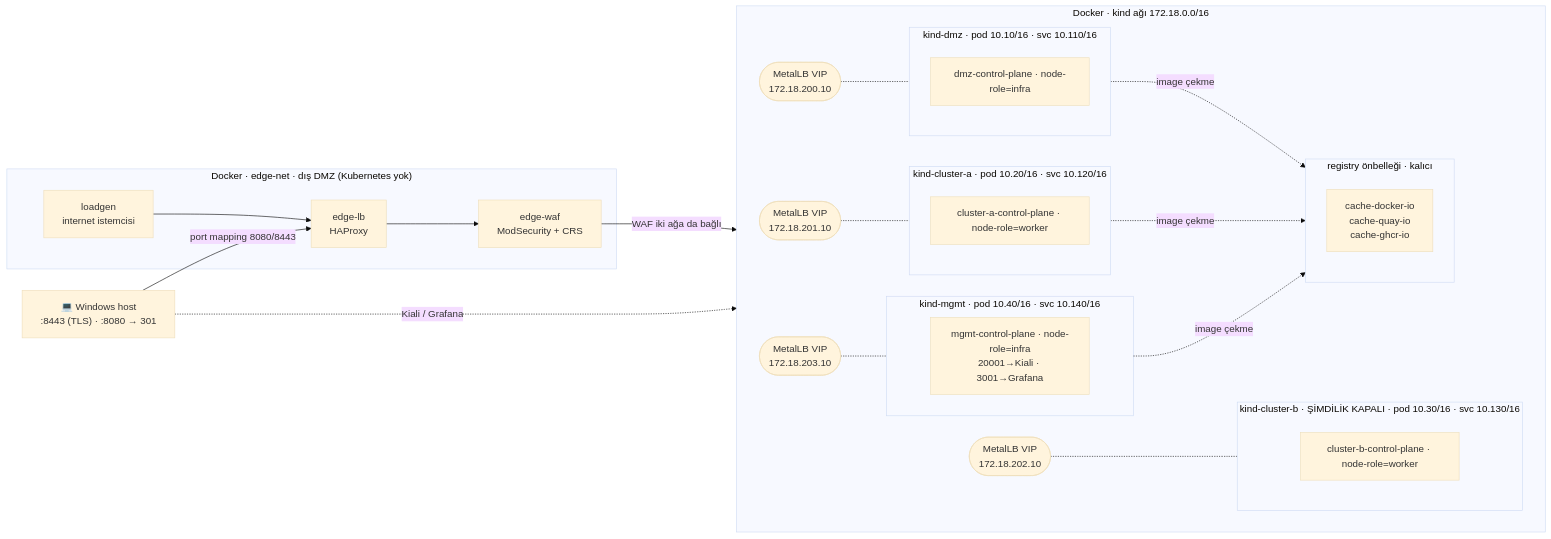
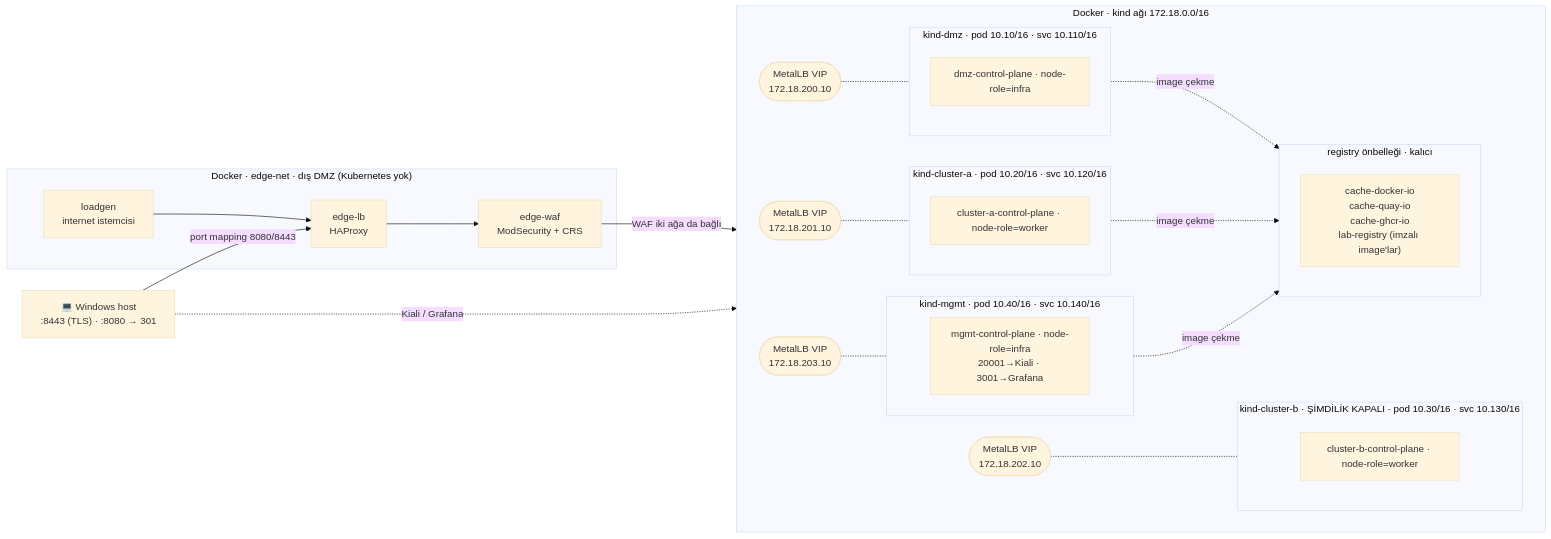
The first of 10 diagrams in README.md (olgunyldz/service-mesh-lab), drawn with Mermaid (base theme) before and after one commit. The commit also changed other lines of this file and 19 other files, not shown here.

First line of the commit message:
Politika: Kyverno admission ve cosign ile imzalı image zorunluluğu

````diff
--- a/README.md
+++ b/README.md
@@ -69,44 +73,44 @@
 ```mermaid
 flowchart LR
     host["💻 Windows host<br/>:8443 (TLS) · :8080 → 301"]
 
     subgraph edgenet["Docker · edge-net · dış DMZ (Kubernetes yok)"]
         elb["edge-lb<br/>HAProxy"]
         lg["loadgen<br/>internet istemcisi"]
         ewaf["edge-waf<br/>ModSecurity + CRS"]
     end
 
     subgraph docker["Docker · kind ağı 172.18.0.0/16"]
         direction LR
         subgraph dmz["kind-dmz · pod 10.10/16 · svc 10.110/16"]
             dmzcp["dmz-control-plane · node-role=infra"]
         end
         subgraph ca["kind-cluster-a · pod 10.20/16 · svc 10.120/16"]
             cacp["cluster-a-control-plane · node-role=worker"]
         end
         subgraph cb["kind-cluster-b · ŞİMDİLİK KAPALI · pod 10.30/16 · svc 10.130/16"]
             cbcp["cluster-b-control-plane · node-role=worker"]
         end
         subgraph mg["kind-mgmt · pod 10.40/16 · svc 10.140/16"]
             mgcp["mgmt-control-plane · node-role=infra<br/>20001→Kiali · 3001→Grafana"]
         end
         subgraph caches["registry önbelleği · kalıcı"]
-            rc["cache-docker-io<br/>cache-quay-io<br/>cache-ghcr-io"]
+            rc["cache-docker-io<br/>cache-quay-io<br/>cache-ghcr-io<br/>lab-registry (imzalı image'lar)"]
         end
         lbd(["MetalLB VIP<br/>172.18.200.10"])
         lba(["MetalLB VIP<br/>172.18.201.10"])
         lbb(["MetalLB VIP<br/>172.18.202.10"])
         lbm(["MetalLB VIP<br/>172.18.203.10"])
     end
 
     host -->|"port mapping 8080/8443"| elb
     lg --> elb
     elb --> ewaf
     ewaf -->|"WAF iki ağa da bağlı"| lbd
     host -.->|"Kiali / Grafana"| mgcp
     lbd -.- dmz
     lba -.- ca
     lbb -.- cb
     lbm -.- mg
     dmz & ca & mg -.->|"image çekme"| caches
 ```
````
